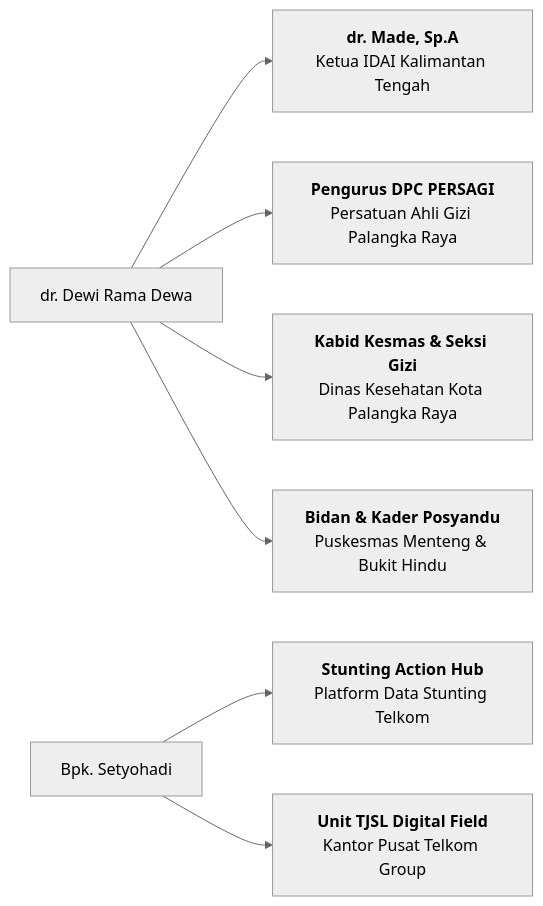
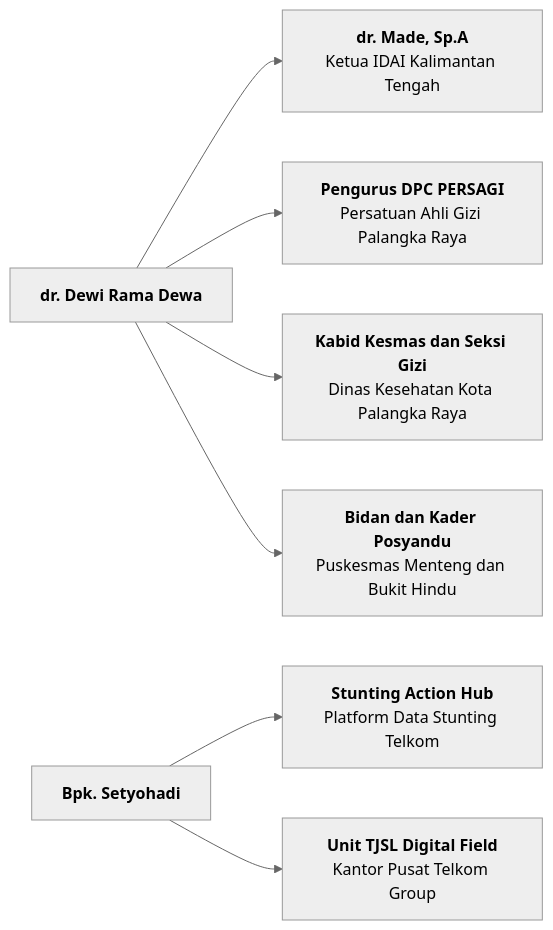
Before and after one commit to gerrardgs/Inkubasi-Startup-BTP: the fourth of 4 diagrams in 06-expert-advisory-meeting/notulensi-wawancara-dr-dewi-dan-bpk-setyohadi/README.md, drawn with Mermaid (neutral theme). The commit also changed other lines of this file and 2 other files, not shown here.

Commit message:
fix(mermaid): perbaiki sintaks mermaid diagram agar render sempurna di GitHub

````diff
--- a/06-expert-advisory-meeting/notulensi-wawancara-dr-dewi-dan-bpk-setyohadi/README.md
+++ b/06-expert-advisory-meeting/notulensi-wawancara-dr-dewi-dan-bpk-setyohadi/README.md
@@ -237,10 +237,10 @@
 ```mermaid
 graph LR
-  dr_Dewi[dr. Dewi Rama Dewa] --> IDAI[<b>dr. Made, Sp.A</b><br/>Ketua IDAI Kalimantan Tengah]
-  dr_Dewi --> PERSAGI[<b>Pengurus DPC PERSAGI</b><br/>Persatuan Ahli Gizi Palangka Raya]
-  dr_Dewi --> DINKES[<b>Kabid Kesmas & Seksi Gizi</b><br/>Dinas Kesehatan Kota Palangka Raya]
-  dr_Dewi --> FASKES[<b>Bidan & Kader Posyandu</b><br/>Puskesmas Menteng & Bukit Hindu]
+  dr_Dewi["<b>dr. Dewi Rama Dewa</b>"] --> IDAI["<b>dr. Made, Sp.A</b><br/>Ketua IDAI Kalimantan Tengah"]
+  dr_Dewi --> PERSAGI["<b>Pengurus DPC PERSAGI</b><br/>Persatuan Ahli Gizi Palangka Raya"]
+  dr_Dewi --> DINKES["<b>Kabid Kesmas dan Seksi Gizi</b><br/>Dinas Kesehatan Kota Palangka Raya"]
+  dr_Dewi --> FASKES["<b>Bidan dan Kader Posyandu</b><br/>Puskesmas Menteng dan Bukit Hindu"]
 
-  Bpk_Setyohadi[Bpk. Setyohadi] --> ACTIONHUB[<b>Stunting Action Hub</b><br/>Platform Data Stunting Telkom]
-  Bpk_Setyohadi --> CSR_TELKOM[<b>Unit TJSL Digital Field</b><br/>Kantor Pusat Telkom Group]
+  Bpk_Setyohadi["<b>Bpk. Setyohadi</b>"] --> ACTIONHUB["<b>Stunting Action Hub</b><br/>Platform Data Stunting Telkom"]
+  Bpk_Setyohadi --> CSR_TELKOM["<b>Unit TJSL Digital Field</b><br/>Kantor Pusat Telkom Group"]
 ```
````
